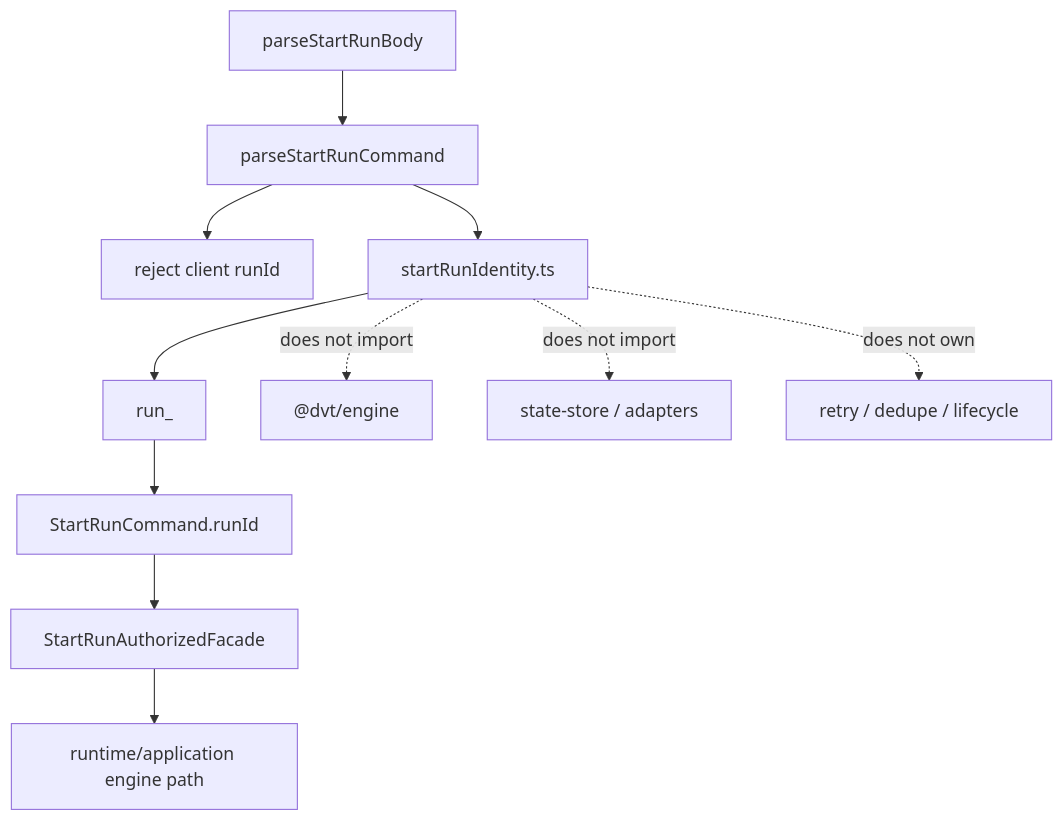
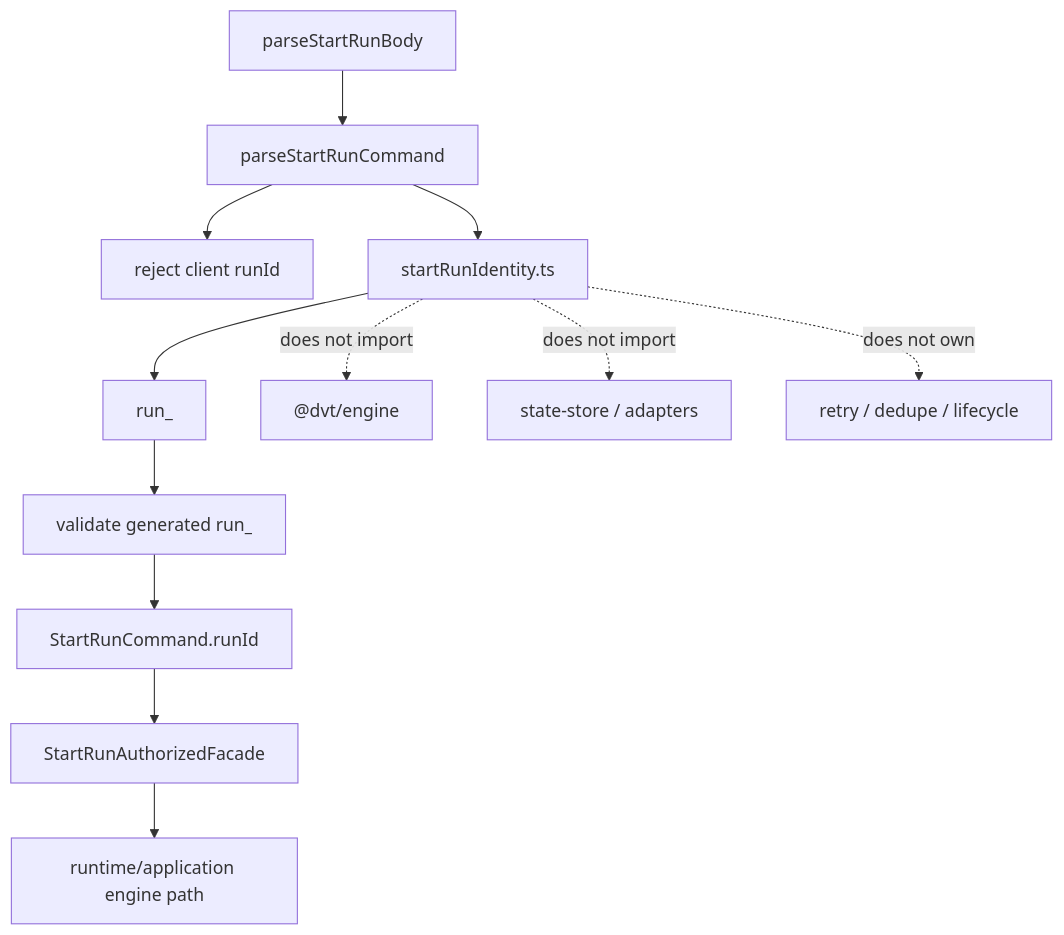
The second of 3 diagrams in apps/api/docs/start-run-http-entrypoint-component.md (dunay2/dvt), drawn with Mermaid before and after one commit. The commit also changed other lines of this file and 9 other files, not shown here.

Commit message:
fix(api): Enforce generated start-run identity shape

````diff
--- a/apps/api/docs/start-run-http-entrypoint-component.md
+++ b/apps/api/docs/start-run-http-entrypoint-component.md
@@ -109,14 +111,15 @@
 ```mermaid
 flowchart TB
   Parser["parseStartRunBody"] --> Builder["parseStartRunCommand"]
   Builder --> Reject["reject client runId"]
   Builder --> Generator["startRunIdentity.ts"]
   Generator --> RunId["run_<UUIDv7>"]
-  RunId --> Command["StartRunCommand.runId"]
+  RunId --> ValidateRunId["validate generated run_<UUIDv7>"]
+  ValidateRunId --> Command["StartRunCommand.runId"]
   Command --> Facade["StartRunAuthorizedFacade"]
   Facade --> Runtime["runtime/application engine path"]
 
   Generator -. "does not import" .-> Engine["@dvt/engine"]
   Generator -. "does not import" .-> Store["state-store / adapters"]
   Generator -. "does not own" .-> Lifecycle["retry / dedupe / lifecycle"]
 ```
````
